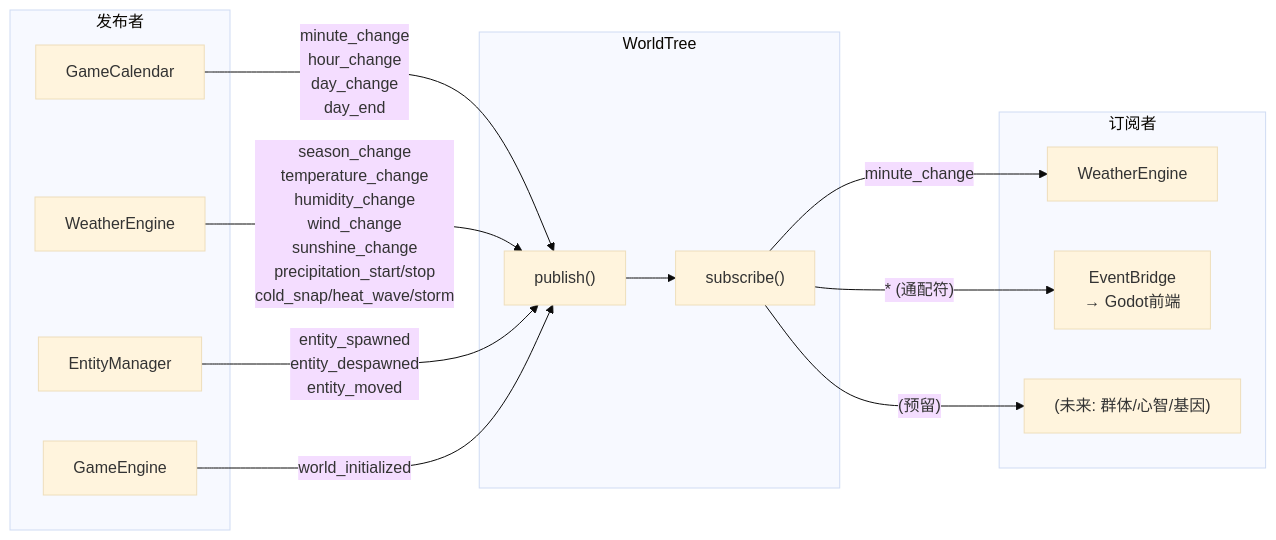
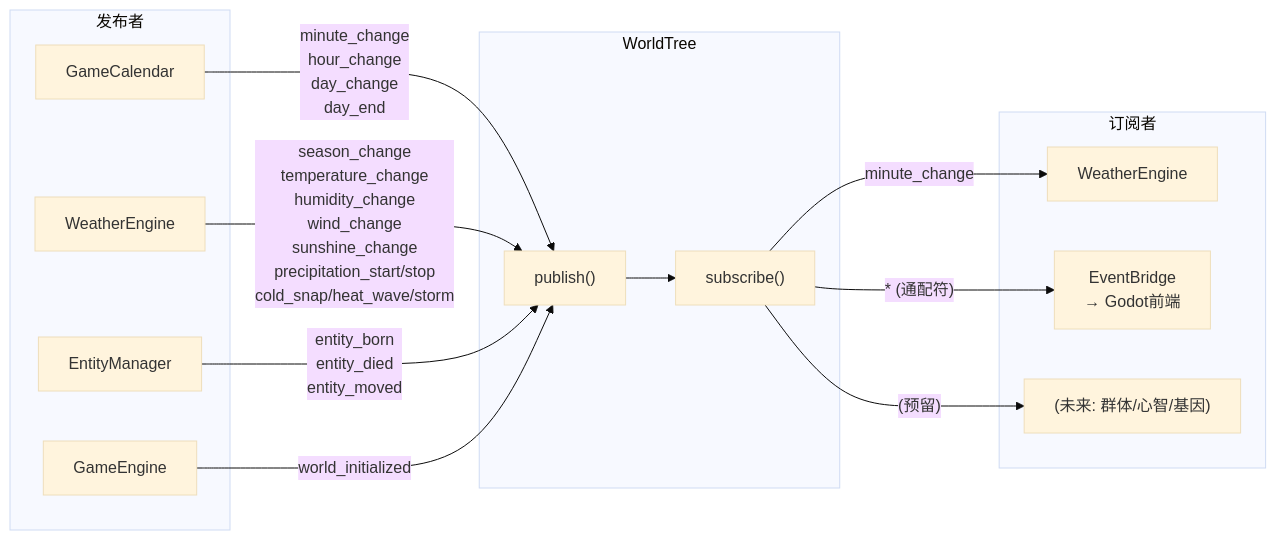
Before and after one commit to Jedidiah-Zhang/Ascend: the second of 6 diagrams in docs/diagrams/architecture.md, drawn with Mermaid (base theme). The commit also changed other lines of this file and 32 other files, not shown here.

````diff
--- a/docs/diagrams/architecture.md
+++ b/docs/diagrams/architecture.md
@@ -48,30 +48,30 @@
 ```mermaid
 graph LR
     subgraph 发布者
         CAL2["GameCalendar"]
         WEA2["WeatherEngine"]
         ENT2["EntityManager"]
         GAME2["GameEngine"]
     end
 
     subgraph WorldTree2["WorldTree"]
         PUB["publish()"]
         SUB["subscribe()"]
     end
 
     subgraph 订阅者
         WEA_SUB["WeatherEngine"]
         BRIDGE["EventBridge<br/>→ Godot前端"]
         FUTURE["(未来: 群体/心智/基因)"]
     end
 
     CAL2 -->|"minute_change<br/>hour_change<br/>day_change<br/>day_end"| PUB
     WEA2 -->|"season_change<br/>temperature_change<br/>humidity_change<br/>wind_change<br/>sunshine_change<br/>precipitation_start/stop<br/>cold_snap/heat_wave/storm"| PUB
-    ENT2 -->|"entity_spawned<br/>entity_despawned<br/>entity_moved"| PUB
+    ENT2 -->|"entity_born<br/>entity_died<br/>entity_moved"| PUB
     GAME2 -->|"world_initialized"| PUB
 
     PUB --> SUB
     SUB -->|"minute_change"| WEA_SUB
     SUB -->|"* (通配符)"| BRIDGE
     SUB -->|"(预留)"| FUTURE
 ```
````
